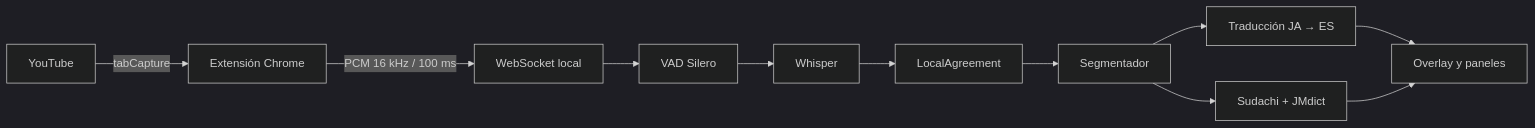
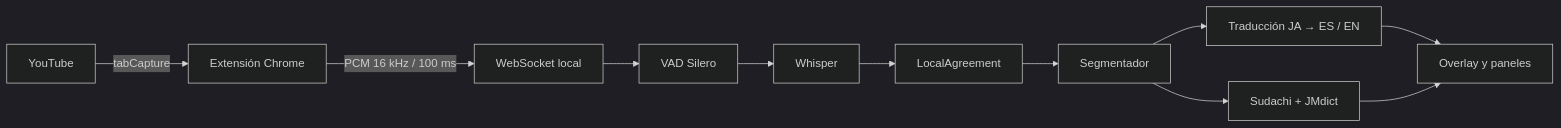
Before and after one commit to Favio520/YouJP: the diagram in README.md, drawn with Mermaid (dark theme). The commit also changed other lines of this file and 31 other files, not shown here.

````diff
--- a/README.md
+++ b/README.md
@@ -68,13 +68,13 @@
 ```mermaid
 flowchart LR
     A[YouTube] -->|tabCapture| B[Extensión Chrome]
     B -->|PCM 16 kHz / 100 ms| C[WebSocket local]
     C --> D[VAD Silero]
     D --> E[Whisper]
     E --> F[LocalAgreement]
     F --> G[Segmentador]
-    G --> H[Traducción JA → ES]
+    G --> H[Traducción JA → ES / EN]
     G --> I[Sudachi + JMdict]
     H --> J[Overlay y paneles]
     I --> J
 ```
````
